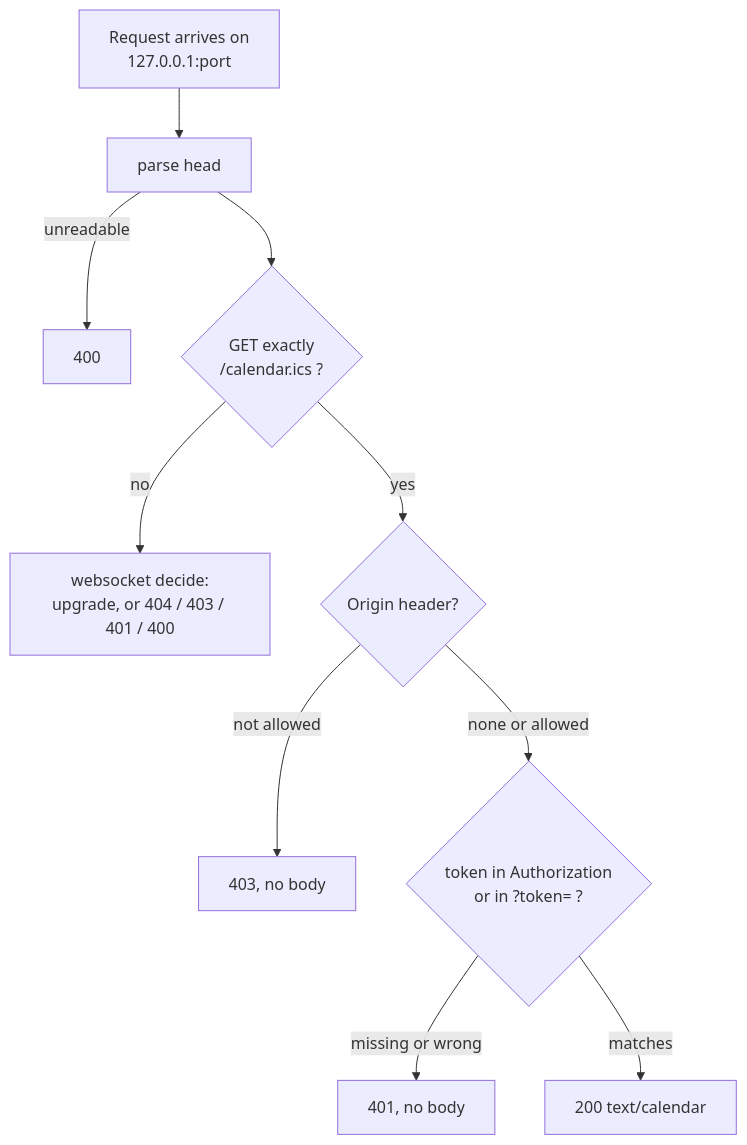
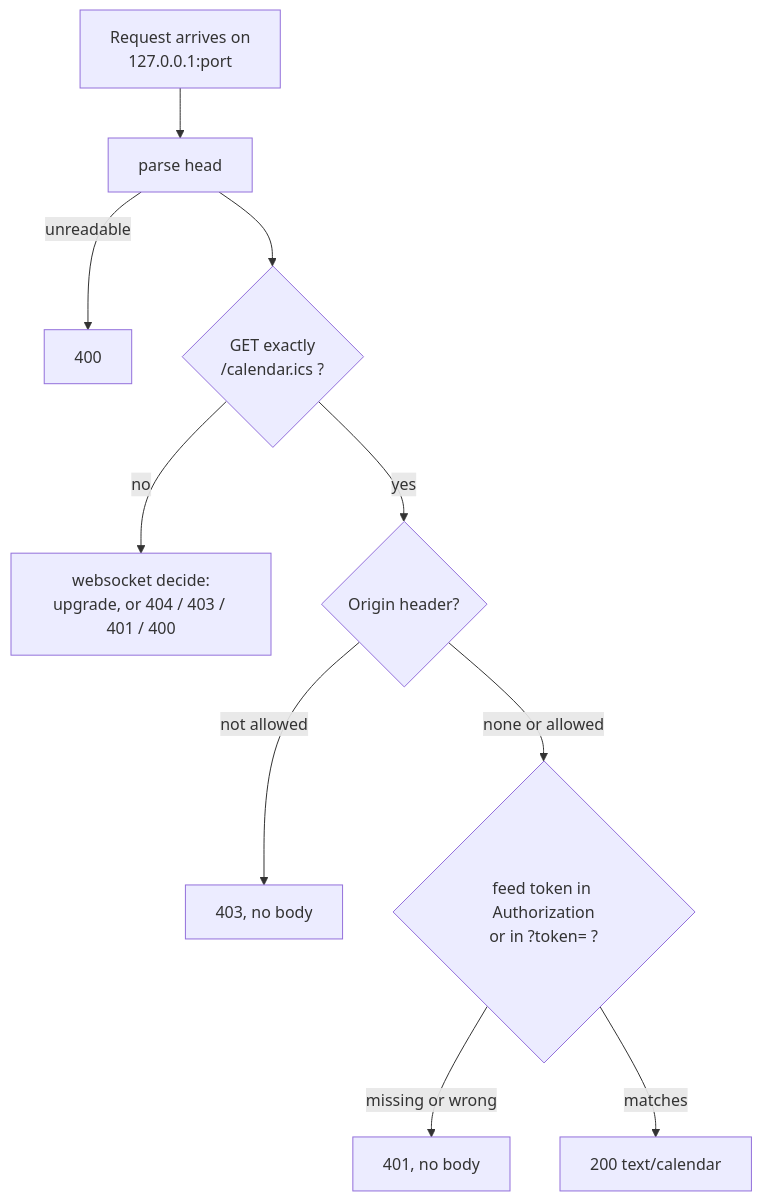
One commit to kirahowe/relay changed the tenth of 13 diagrams in docs/architecture.md. Above: the diagram before and after it, drawn with Mermaid. The commit also changed other lines of this file and 16 other files, not shown here.

First line of the commit message:
Make calendar days whole and give the feed its own token

````diff
--- a/docs/architecture.md
+++ b/docs/architecture.md
@@ -310,12 +310,12 @@
 ```mermaid
 flowchart TB
     req["Request arrives on<br/>127.0.0.1:port"] --> parse["parse head"]
     parse -->|"unreadable"| s400["400"]
     parse --> isfeed{"GET exactly<br/>/calendar.ics ?"}
     isfeed -->|"no"| upg["websocket decide:<br/>upgrade, or 404 / 403 / 401 / 400"]
     isfeed -->|"yes"| origin{"Origin header?"}
     origin -->|"not allowed"| s403["403, no body"]
-    origin -->|"none or allowed"| tok{"token in Authorization<br/>or in ?token= ?"}
+    origin -->|"none or allowed"| tok{"feed token in Authorization<br/>or in ?token= ?"}
     tok -->|"missing or wrong"| s401["401, no body"]
     tok -->|"matches"| feed["200 text/calendar"]
 ```
````
